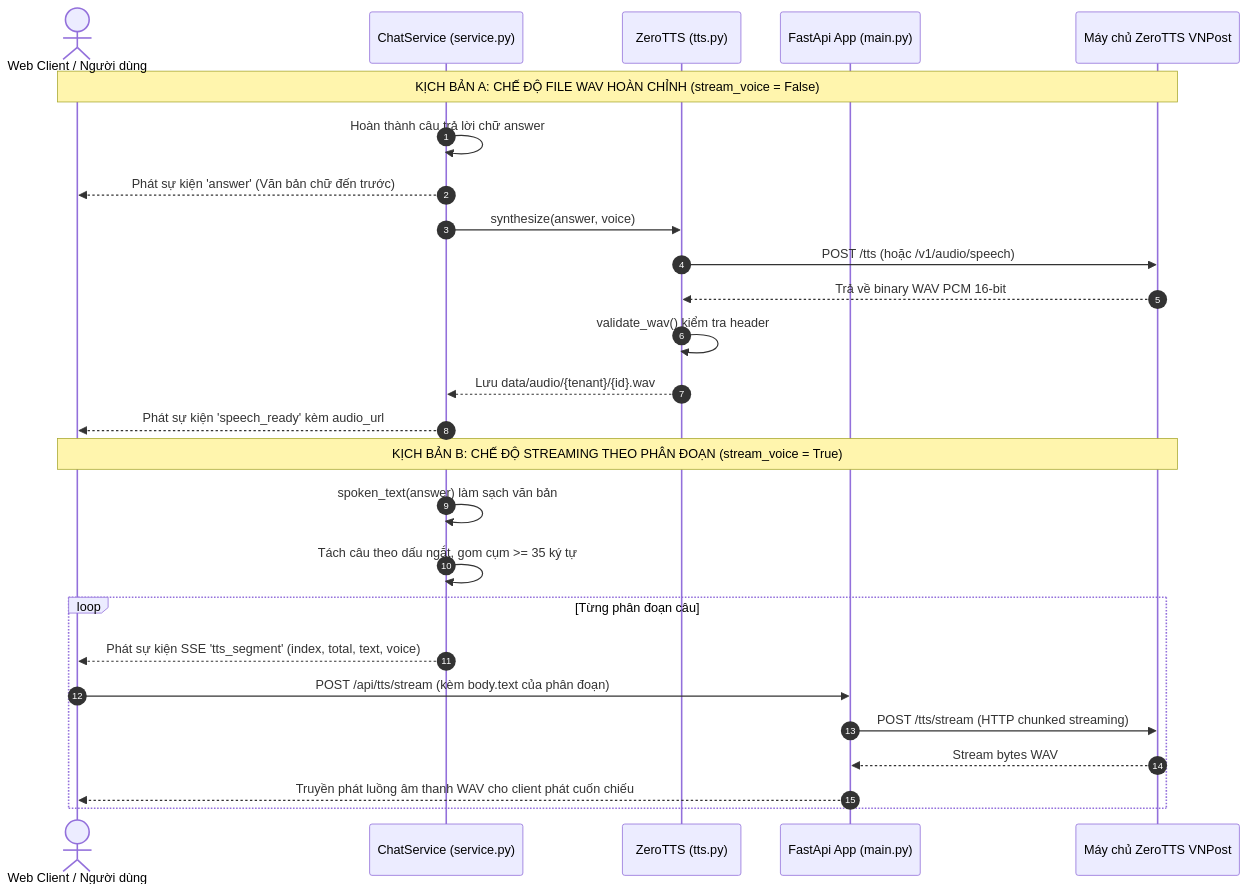
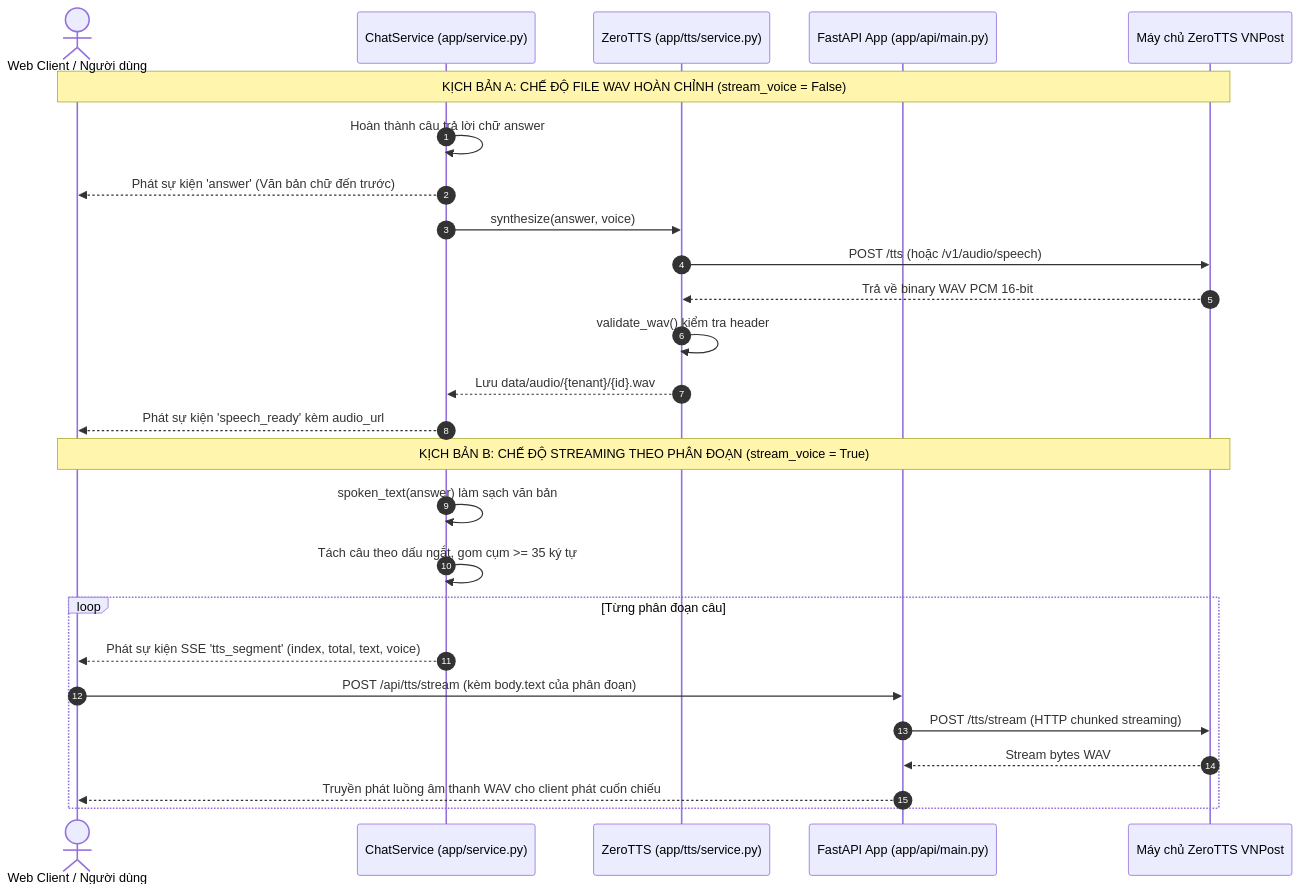
Before and after one commit to dinhhthanhh/vnpost_deepagent: the third of 4 diagrams in Mipo báo cáo kỹ thuật Deep Agent, RAG LlamaIndex và TTS.md, drawn with Mermaid. The commit also changed other lines of this file and 74 other files, not shown here.

First line of the commit message:
refactor: modularize architecture into domain layers and integrate STT voice support

````diff
--- a/Mipo báo cáo kỹ thuật Deep Agent, RAG LlamaIndex và TTS.md
+++ b/Mipo báo cáo kỹ thuật Deep Agent, RAG LlamaIndex và TTS.md
@@ -226,30 +229,30 @@
 ```mermaid
 sequenceDiagram
     autonumber
     actor Client as Web Client / Người dùng
-    participant Svc as ChatService (service.py)
-    participant TTS as ZeroTTS (tts.py)
-    participant API as FastApi App (main.py)
+    participant Svc as ChatService (app/service.py)
+    participant TTS as ZeroTTS (app/tts/service.py)
+    participant API as FastAPI App (app/api/main.py)
     participant Server as Máy chủ ZeroTTS VNPost
     
     Note over Client,Server: KỊCH BẢN A: CHẾ ĐỘ FILE WAV HOÀN CHỈNH (stream_voice = False)
     Svc->>Svc: Hoàn thành câu trả lời chữ answer
     Svc-->>Client: Phát sự kiện 'answer' (Văn bản chữ đến trước)
     Svc->>TTS: synthesize(answer, voice)
     TTS->>Server: POST /tts (hoặc /v1/audio/speech)
     Server-->>TTS: Trả về binary WAV PCM 16-bit
     TTS->>TTS: validate_wav() kiểm tra header
     TTS-->>Svc: Lưu data/audio/{tenant}/{id}.wav
     Svc-->>Client: Phát sự kiện 'speech_ready' kèm audio_url
     
     Note over Client,Server: KỊCH BẢN B: CHẾ ĐỘ STREAMING THEO PHÂN ĐOẠN (stream_voice = True)
     Svc->>Svc: spoken_text(answer) làm sạch văn bản
     Svc->>Svc: Tách câu theo dấu ngắt, gom cụm >= 35 ký tự
     loop Từng phân đoạn câu
         Svc-->>Client: Phát sự kiện SSE 'tts_segment' (index, total, text, voice)
         Client->>API: POST /api/tts/stream (kèm body.text của phân đoạn)
         API->>Server: POST /tts/stream (HTTP chunked streaming)
         Server-->>API: Stream bytes WAV
         API-->>Client: Truyền phát luồng âm thanh WAV cho client phát cuốn chiếu
     end
 ```
````
